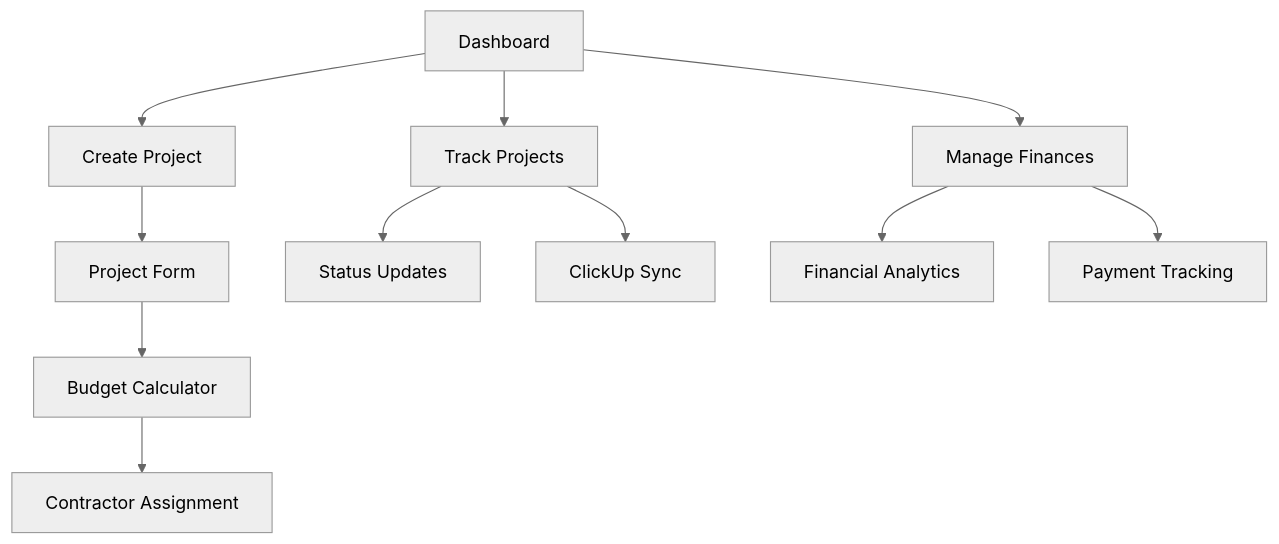
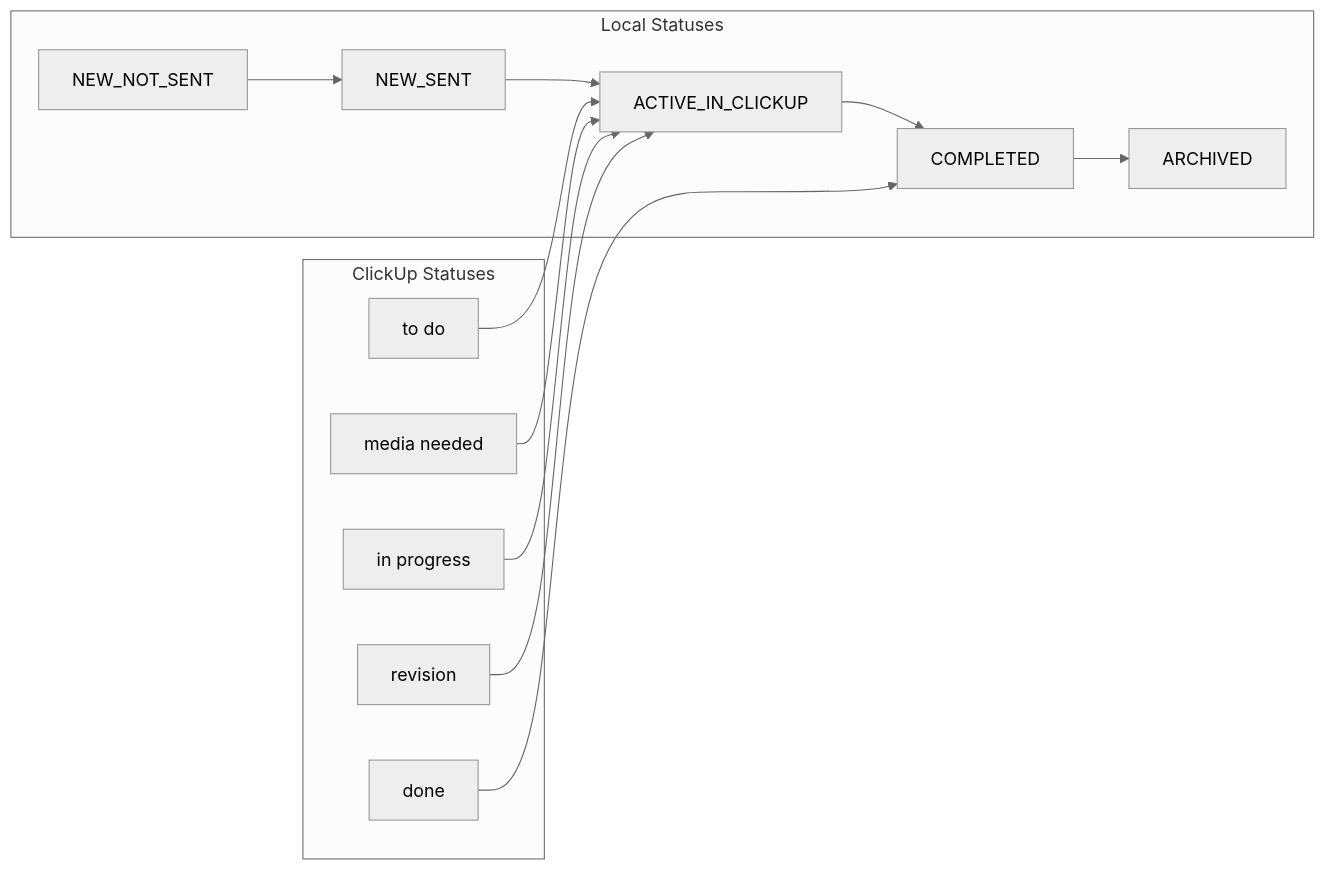
Before and after one commit to CurrentMediaCreative/Current-Media-Project-Management-System: the diagram in memory-bank/systemPatterns.md, drawn with Mermaid (neutral theme). The commit also changed other lines of this file and 147 other files, not shown here.

````diff
--- a/memory-bank/systemPatterns.md
+++ b/memory-bank/systemPatterns.md
@@ -195,16 +33,17 @@
 ```mermaid
-flowchart TD
-    Dashboard[Dashboard] --> Create[Create Project]
-    Dashboard --> Track[Track Projects]
-    Dashboard --> Manage[Manage Finances]
-    
-    Create --> Form[Project Form]
-    Form --> Budget[Budget Calculator]
-    Budget --> Contractors[Contractor Assignment]
-    
-    Track --> Status[Status Updates]
-    Track --> Sync[ClickUp Sync]
-    
-    Manage --> Analytics[Financial Analytics]
-    Manage --> Payments[Payment Tracking]
+flowchart LR
+    subgraph Local Statuses
+        NS[NEW_NOT_SENT] --> S[NEW_SENT]
+        S --> AC[ACTIVE_IN_CLICKUP]
+        AC --> C[COMPLETED]
+        C --> AR[ARCHIVED]
+    end
+
+    subgraph ClickUp Statuses
+        TD[to do] --> AC
+        MN[media needed] --> AC
+        IP[in progress] --> AC
+        RV[revision] --> AC
+        DN[done] --> C
+    end
 ```
````
